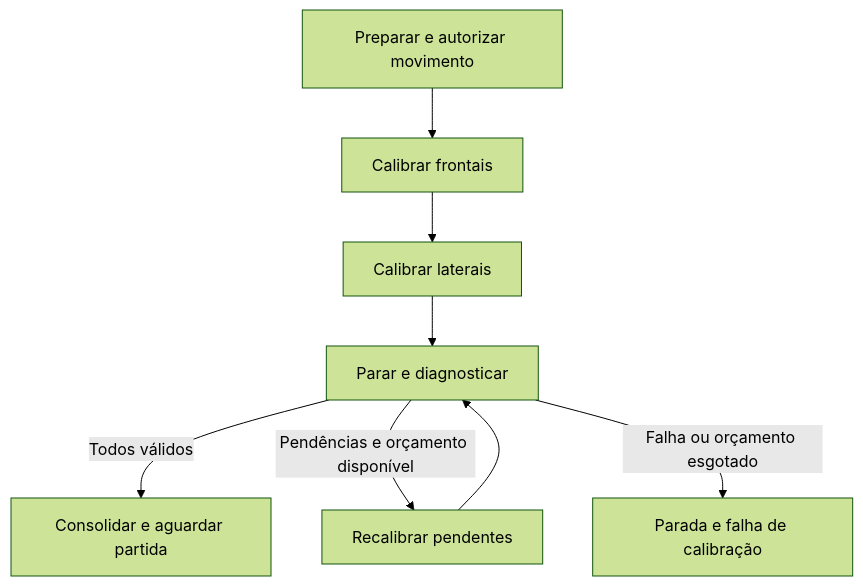
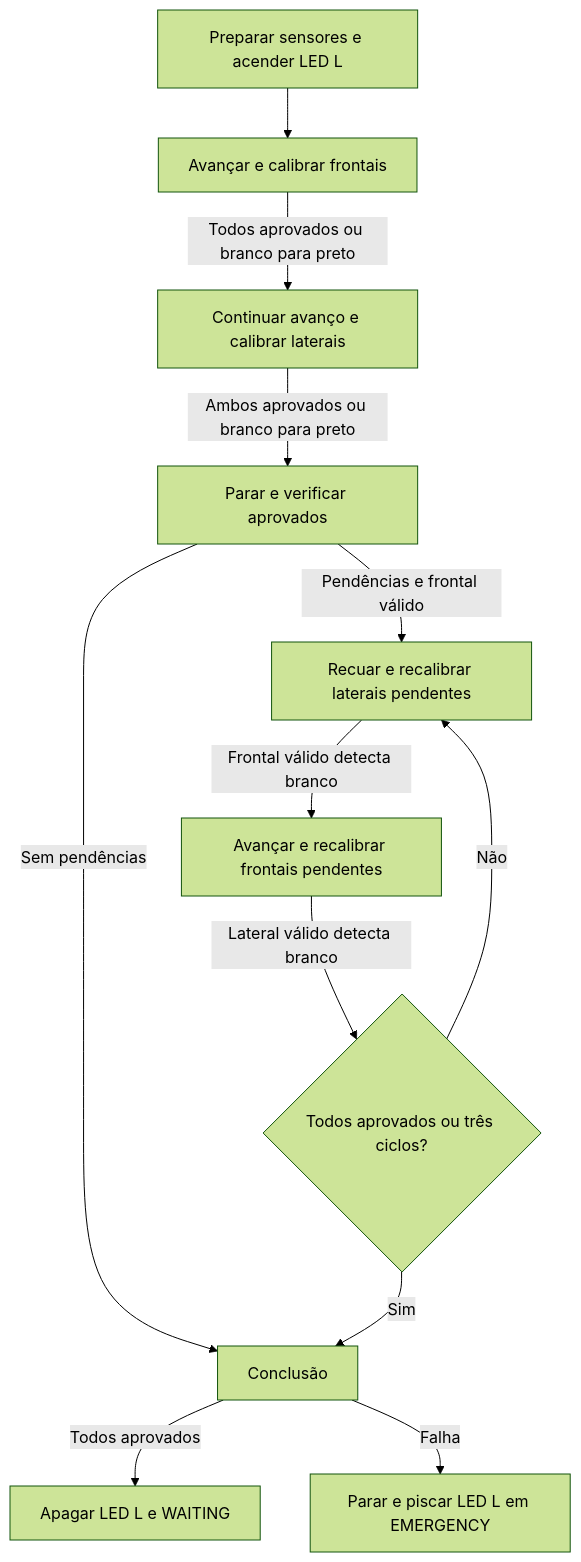
Before and after one commit to DiogoHantke/PegasusCode: the diagram in docs/calibration.md, drawn with Mermaid (forest theme). The commit also changed other lines of this file and 66 other files, not shown here.

````diff
--- a/docs/calibration.md
+++ b/docs/calibration.md
@@ -32,10 +18,14 @@
 ```mermaid
 flowchart TD
-    I[Preparar e autorizar movimento] --> F[Calibrar frontais]
-    F --> L[Calibrar laterais]
-    L --> D[Parar e diagnosticar]
-    D -->|Todos válidos| W[Consolidar e aguardar partida]
-    D -->|Pendências e orçamento disponível| R[Recalibrar pendentes]
-    R --> D
-    D -->|Falha ou orçamento esgotado| E[Parada e falha de calibração]
+    I[Preparar sensores e acender LED L] --> F[Avançar e calibrar frontais]
+    F -->|Todos aprovados ou branco para preto| L[Continuar avanço e calibrar laterais]
+    L -->|Ambos aprovados ou branco para preto| D[Parar e verificar aprovados]
+    D -->|Sem pendências| S[Conclusão]
+    D -->|Pendências e frontal válido| R[Recuar e recalibrar laterais pendentes]
+    R -->|Frontal válido detecta branco| A[Avançar e recalibrar frontais pendentes]
+    A -->|Lateral válido detecta branco| C{Todos aprovados ou três ciclos?}
+    C -->|Não| R
+    C -->|Sim| S
+    S -->|Todos aprovados| W[Apagar LED L e WAITING]
+    S -->|Falha| E[Parar e piscar LED L em EMERGENCY]
 ```
````
